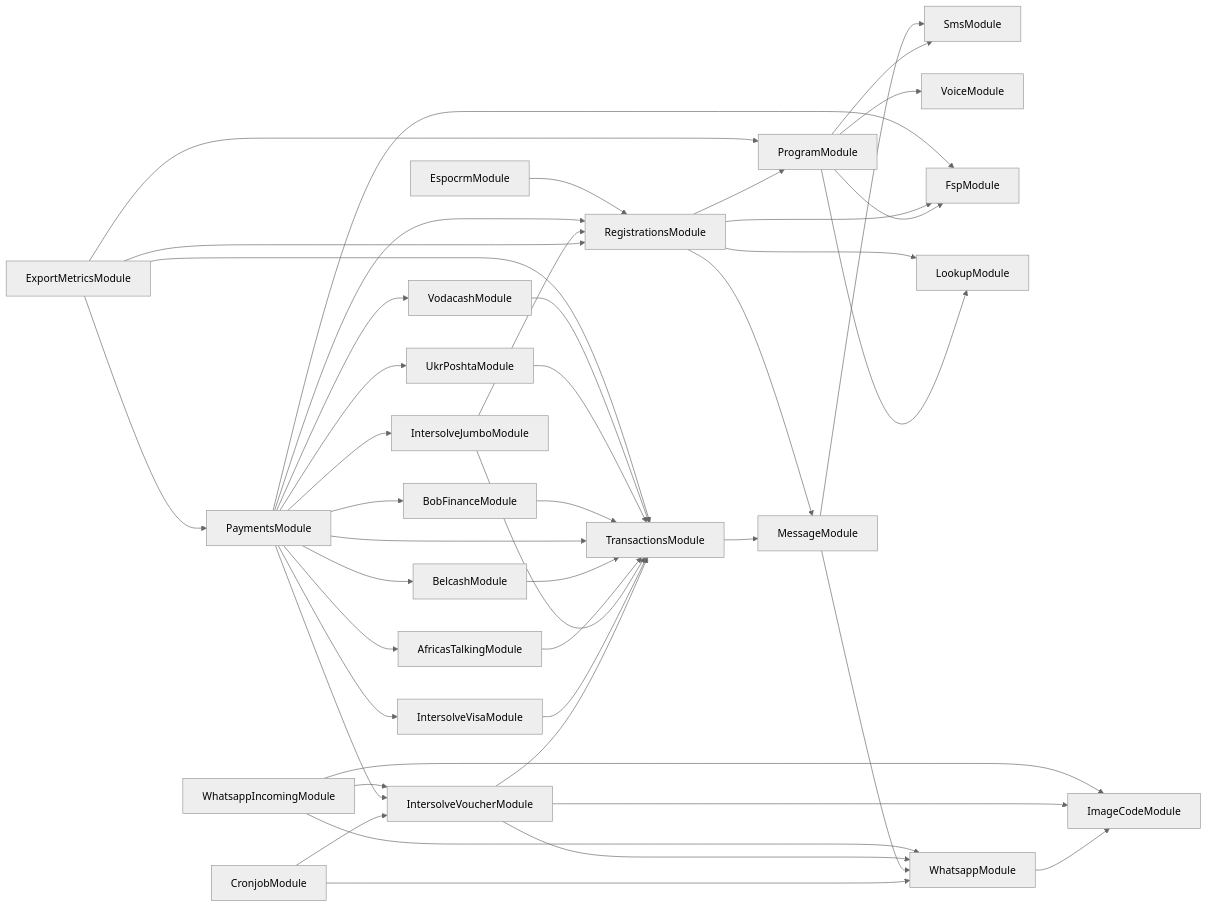
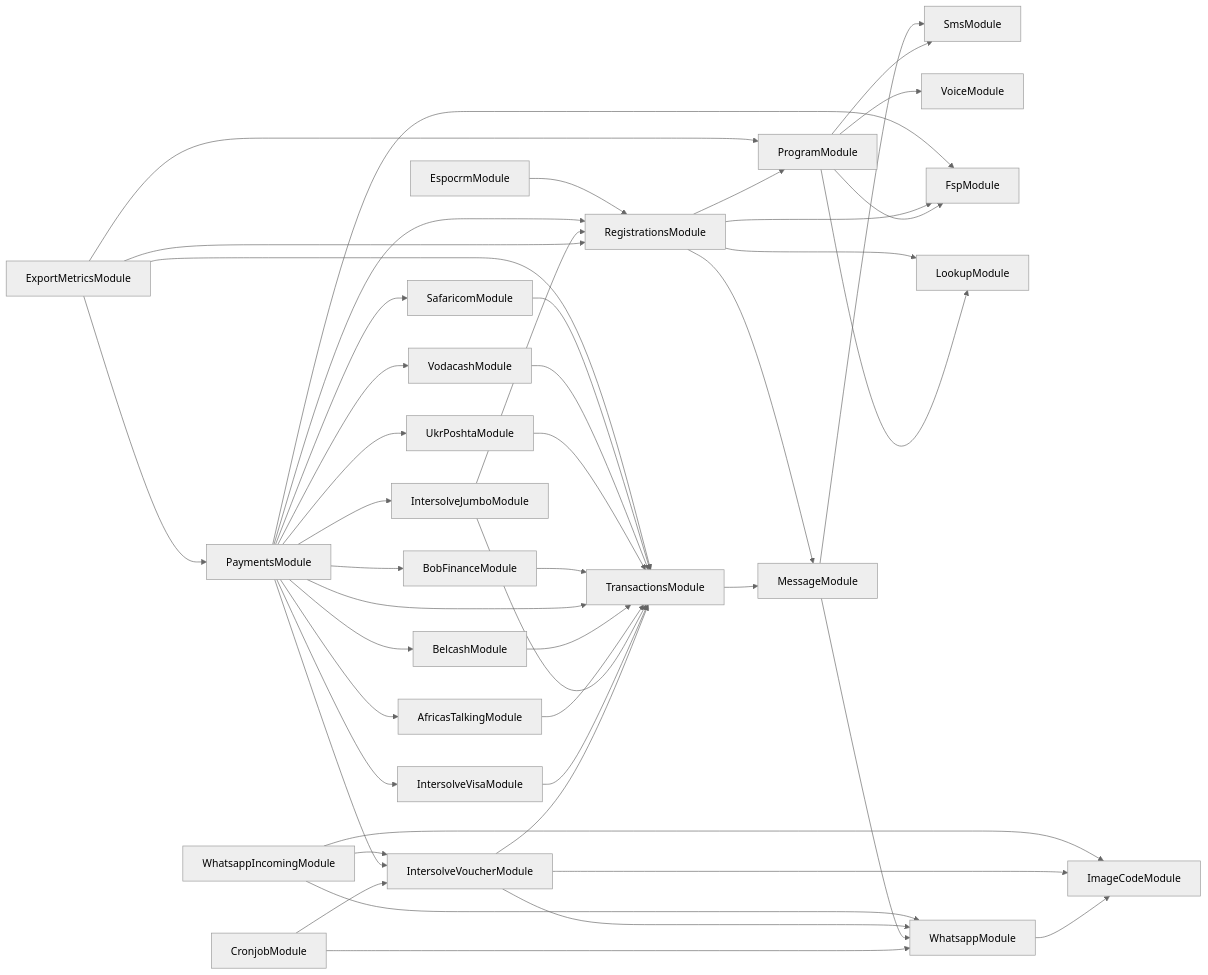
The diagram in services/121-service/module-dependencies.md (global-121/121-platform), drawn with Mermaid (neutral theme) before and after one commit. The commit also changed 1 other file, not shown here.

Commit message:
fix the name

````diff
--- a/services/121-service/module-dependencies.md
+++ b/services/121-service/module-dependencies.md
@@ -3,47 +3,49 @@
 ```mermaid
 graph LR
   ProgramModule-->SmsModule
   ProgramModule-->VoiceModule
   ProgramModule-->FspModule
   ProgramModule-->LookupModule
   CronjobModule-->WhatsappModule
   WhatsappModule-->ImageCodeModule
   CronjobModule-->IntersolveVoucherModule
   IntersolveVoucherModule-->ImageCodeModule
   IntersolveVoucherModule-->TransactionsModule
   TransactionsModule-->MessageModule
   MessageModule-->WhatsappModule
   MessageModule-->SmsModule
   IntersolveVoucherModule-->WhatsappModule
   RegistrationsModule-->LookupModule
   RegistrationsModule-->ProgramModule
   RegistrationsModule-->FspModule
   RegistrationsModule-->MessageModule
   ExportMetricsModule-->ProgramModule
   ExportMetricsModule-->RegistrationsModule
   ExportMetricsModule-->PaymentsModule
   PaymentsModule-->FspModule
   PaymentsModule-->IntersolveVoucherModule
   PaymentsModule-->IntersolveVisaModule
   IntersolveVisaModule-->TransactionsModule
   PaymentsModule-->IntersolveJumboModule
   IntersolveJumboModule-->TransactionsModule
   IntersolveJumboModule-->RegistrationsModule
   PaymentsModule-->AfricasTalkingModule
   AfricasTalkingModule-->TransactionsModule
   PaymentsModule-->BelcashModule
   BelcashModule-->TransactionsModule
   PaymentsModule-->TransactionsModule
   PaymentsModule-->BobFinanceModule
   BobFinanceModule-->TransactionsModule
   PaymentsModule-->UkrPoshtaModule
   UkrPoshtaModule-->TransactionsModule
   PaymentsModule-->VodacashModule
   VodacashModule-->TransactionsModule
+  PaymentsModule-->SafaricomModule
+  SafaricomModule-->TransactionsModule
   PaymentsModule-->RegistrationsModule
   ExportMetricsModule-->TransactionsModule
   WhatsappIncomingModule-->ImageCodeModule
   WhatsappIncomingModule-->IntersolveVoucherModule
   WhatsappIncomingModule-->WhatsappModule
   EspocrmModule-->RegistrationsModule
 ```
````
